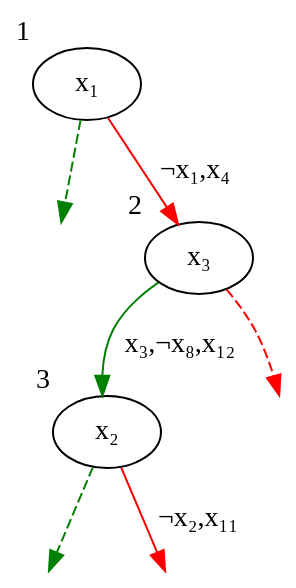
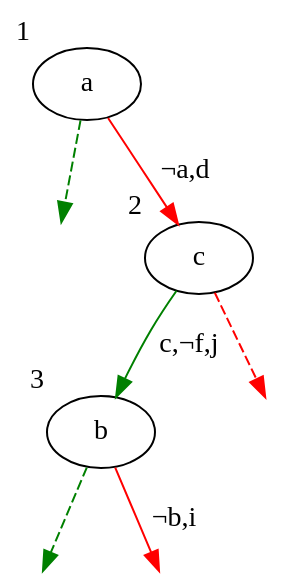
One commit to vaibhavsagar/presentations changed the diagram in sat-solvers/images/tree1x2.dot. Above: the diagram before and after it, drawn with Graphviz. The commit also changed 21 other files, not shown here.

```diff
--- a/sat-solvers/images/tree1x2.dot
+++ b/sat-solvers/images/tree1x2.dot
@@ -1,20 +1,20 @@
 digraph {
-    x₁t [style="invisible"]
-    x₃f [style="invisible"]
-    x₂t [style="invisible"]
-    x₁  [xlabel="1"]
-    x₃  [xlabel="2"]
-    x₂  [xlabel="3"]
-    x₇  [style="invisible"]
-    x₁ -> x₁t [color="green",style="dashed"]
-    x₁ -> x₃  [color="red",label="¬x₁,x₄"]
-    x₃ -> x₂  [color="green",label="x₃,¬x₈,x₁₂"]
-    x₃ -> x₃f [color="red",style="dashed"]
-    x₂ -> x₃f [style="invisible",arrowhead=none]
-    x₂ -> x₇  [color="red",label="¬x₂,x₁₁"]
-    x₂ -> x₂t [color="green",style="dashed"]
-    {rank=same; x₃f x₂}
+    at [style="invisible"]
+    cf [style="invisible"]
+    bt [style="invisible"]
+    a  [xlabel="1"]
+    c  [xlabel="2"]
+    b  [xlabel="3"]
+    e  [style="invisible"]
+    a -> at [color="green",style="dashed"]
+    a -> c  [color="red",label="¬a,d"]
+    c -> b  [color="green",label="c,¬f,j"]
+    c -> cf [color="red",style="dashed"]
+    b -> cf [style="invisible",arrowhead=none]
+    b -> e  [color="red",label="¬b,i"]
+    b -> bt [color="green",style="dashed"]
+    {rank=same; cf b}
     overlap=false
     splines=true
     bgcolor=transparent
 }
```
